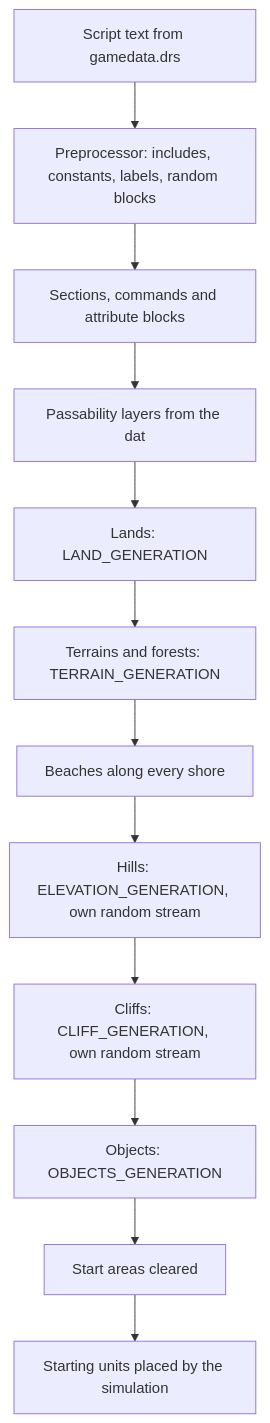
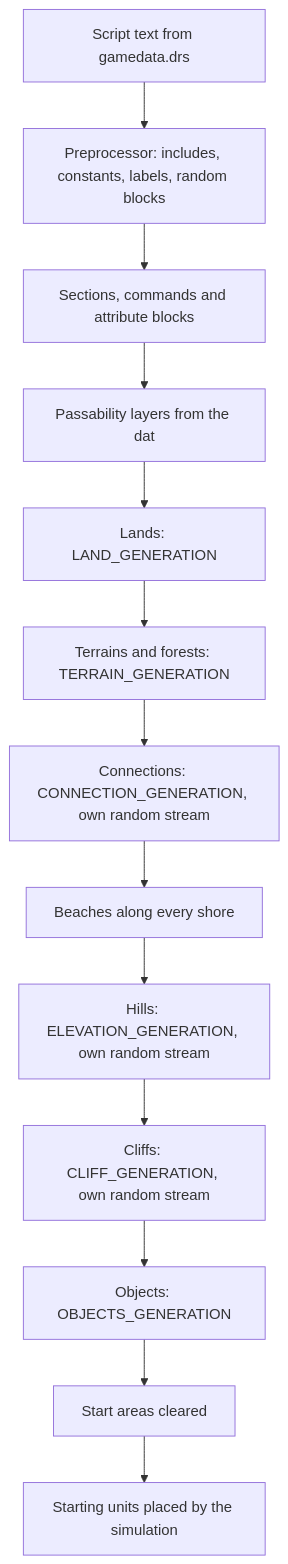
One commit to Zaydme/openaok changed the first of 2 diagrams in docs/engine/random-maps.md. Above: the diagram before and after it, drawn with Mermaid. The commit also changed other lines of this file and 17 other files, not shown here.

````diff
--- a/docs/engine/random-maps.md
+++ b/docs/engine/random-maps.md
@@ -138,14 +135,15 @@
 ```mermaid
 flowchart TD
     drs["Script text from gamedata.drs"] --> pre["Preprocessor: includes, constants, labels, random blocks"]
     pre --> parse["Sections, commands and attribute blocks"]
     parse --> layers["Passability layers from the dat"]
     layers --> land["Lands: LAND_GENERATION"]
     land --> terrain["Terrains and forests: TERRAIN_GENERATION"]
-    terrain --> beach["Beaches along every shore"]
+    terrain --> connect["Connections: CONNECTION_GENERATION, own random stream"]
+    connect --> beach["Beaches along every shore"]
     beach --> hills["Hills: ELEVATION_GENERATION, own random stream"]
     hills --> cliffs["Cliffs: CLIFF_GENERATION, own random stream"]
     cliffs --> objects["Objects: OBJECTS_GENERATION"]
     objects --> clear["Start areas cleared"]
     clear --> units["Starting units placed by the simulation"]
 ```
````
